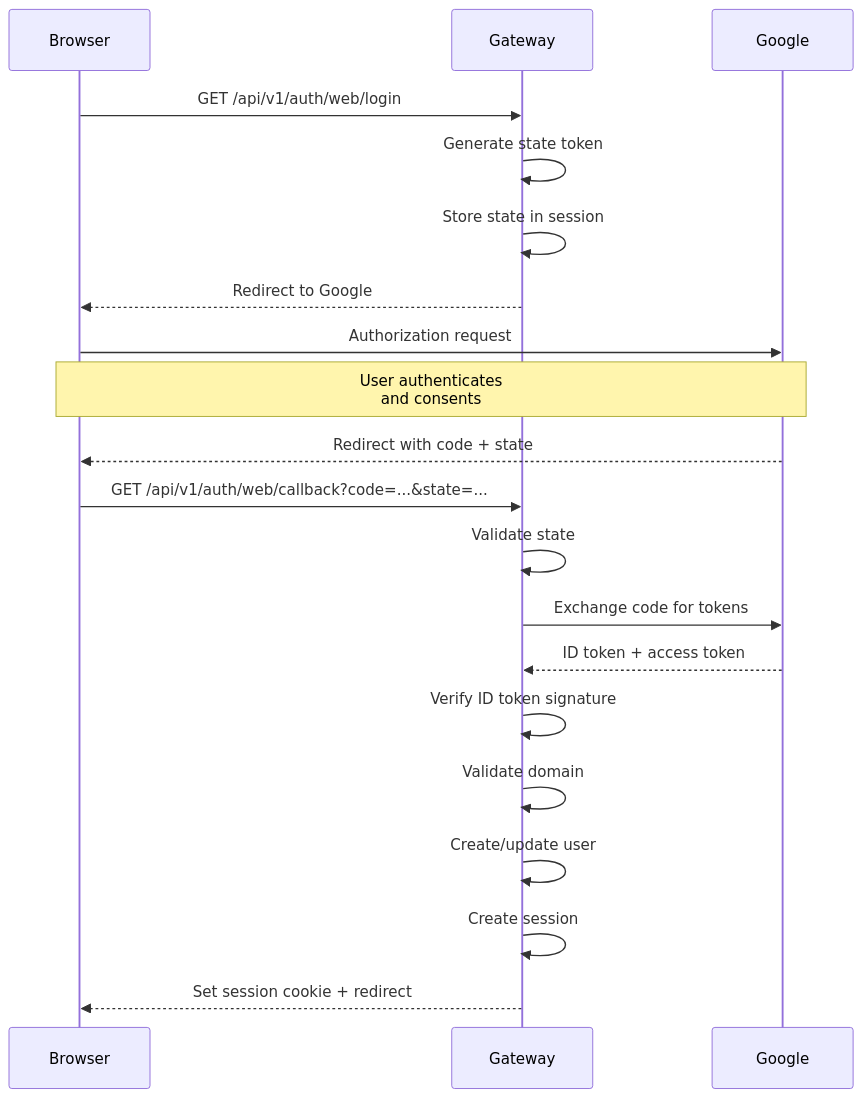
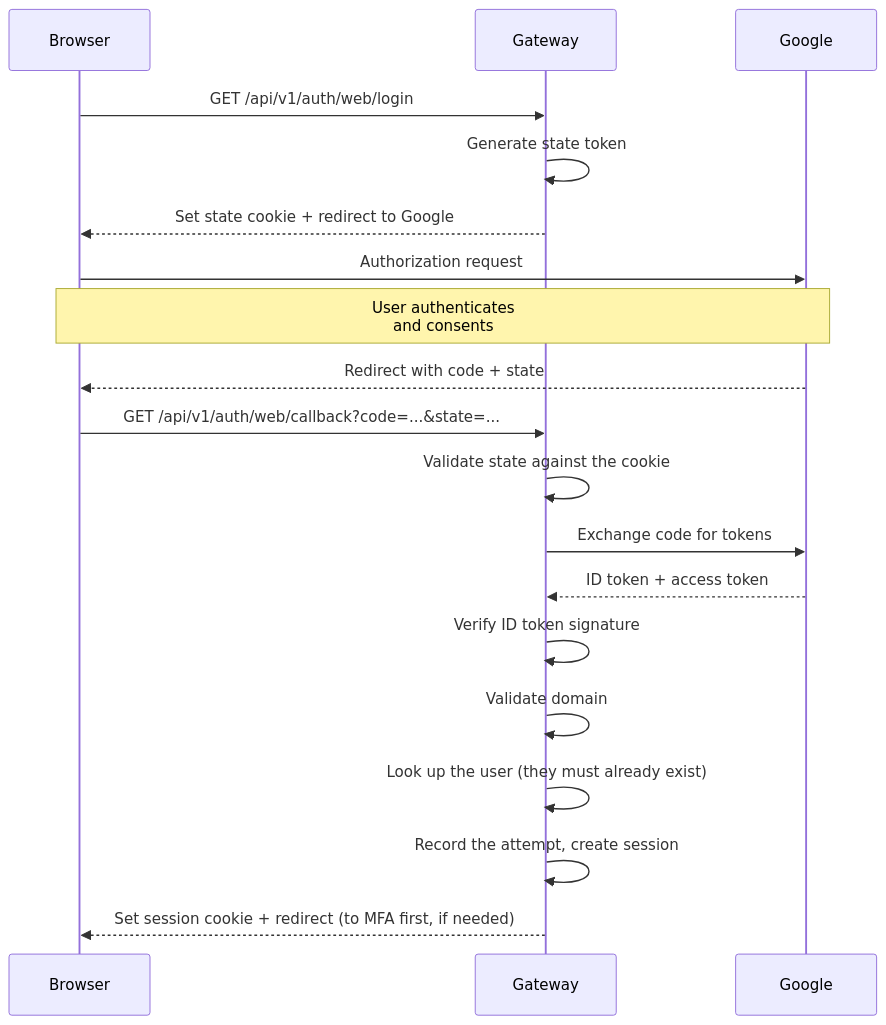
Before and after one commit to DocSpring/rack-gateway: the first of 2 diagrams in docs/src/content/docs/security/authentication/oauth-flow.mdx, drawn with Mermaid. The commit also changed other lines of this file and 108 other files, not shown here.

````diff
--- a/docs/src/content/docs/security/authentication/oauth-flow.mdx
+++ b/docs/src/content/docs/security/authentication/oauth-flow.mdx
@@ -49,25 +27,24 @@
 ```mermaid
 sequenceDiagram
     participant Browser
     participant Gateway
     participant Google
 
     Browser->>Gateway: GET /api/v1/auth/web/login
     Gateway->>Gateway: Generate state token
-    Gateway->>Gateway: Store state in session
-    Gateway-->>Browser: Redirect to Google
+    Gateway-->>Browser: Set state cookie + redirect to Google
 
     Browser->>Google: Authorization request
     Note over Browser,Google: User authenticates<br/>and consents
     Google-->>Browser: Redirect with code + state
 
     Browser->>Gateway: GET /api/v1/auth/web/callback?code=...&state=...
-    Gateway->>Gateway: Validate state
+    Gateway->>Gateway: Validate state against the cookie
     Gateway->>Google: Exchange code for tokens
     Google-->>Gateway: ID token + access token
     Gateway->>Gateway: Verify ID token signature
     Gateway->>Gateway: Validate domain
-    Gateway->>Gateway: Create/update user
-    Gateway->>Gateway: Create session
-    Gateway-->>Browser: Set session cookie + redirect
+    Gateway->>Gateway: Look up the user (they must already exist)
+    Gateway->>Gateway: Record the attempt, create session
+    Gateway-->>Browser: Set session cookie + redirect (to MFA first, if needed)
 ```
````
